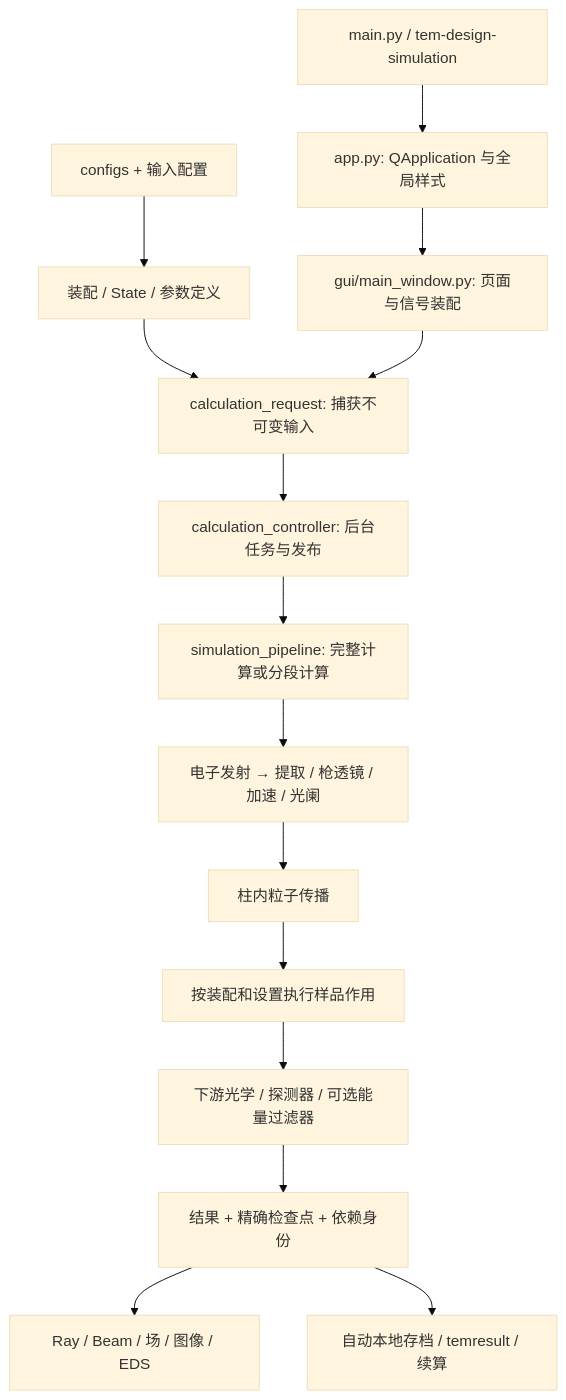
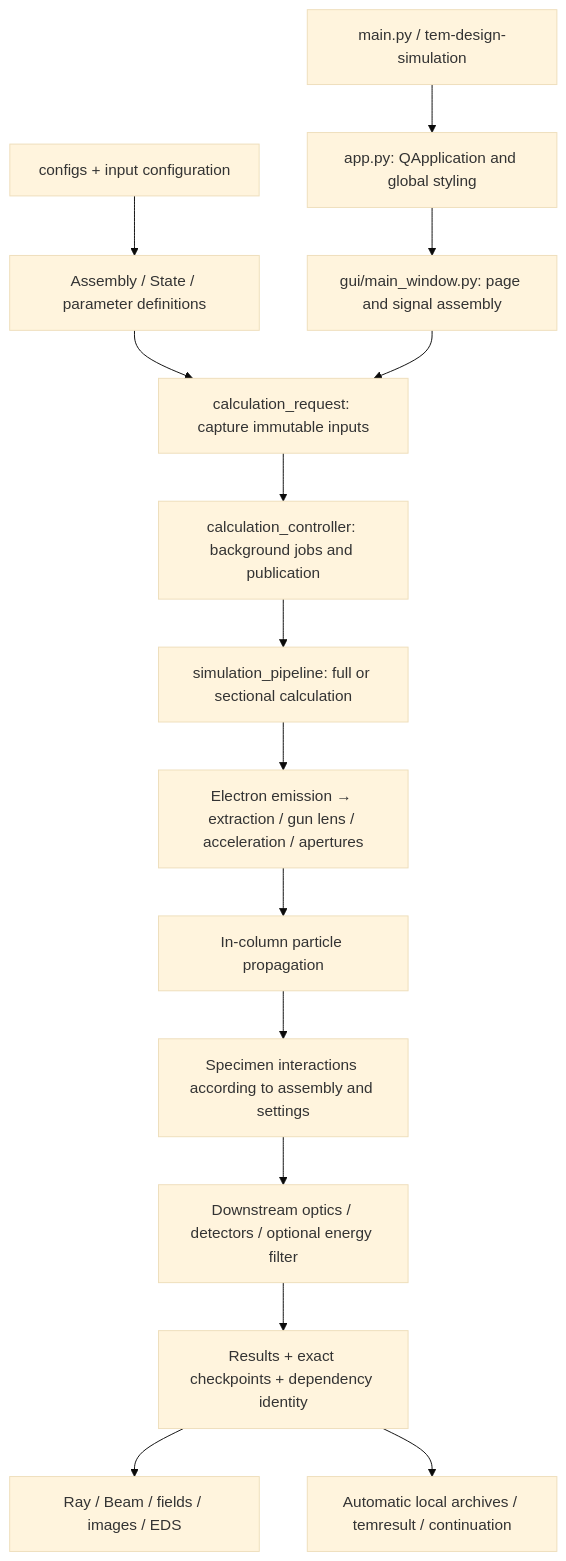
The first of 2 diagrams in docs/PROJECT_MAP.md (MagNetiCLLLL/TEM-Design-and-Simulation), drawn with Mermaid (base theme) before and after one commit. The commit also changed other lines of this file and 129 other files, not shown here.

````diff
--- a/docs/PROJECT_MAP.md
+++ b/docs/PROJECT_MAP.md
@@ -120,17 +120,17 @@
 ```mermaid
 flowchart TD
-    Entry[main.py / tem-design-simulation] --> App[app.py: QApplication 与全局样式]
-    App --> Window[gui/main_window.py: 页面与信号装配]
-    Config[configs + 输入配置] --> Model[装配 / State / 参数定义]
-    Model --> Capture[calculation_request: 捕获不可变输入]
+    Entry[main.py / tem-design-simulation] --> App[app.py: QApplication and global styling]
+    App --> Window[gui/main_window.py: page and signal assembly]
+    Config[configs + input configuration] --> Model[Assembly / State / parameter definitions]
+    Model --> Capture[calculation_request: capture immutable inputs]
     Window --> Capture
-    Capture --> Control[calculation_controller: 后台任务与发布]
-    Control --> Pipe[simulation_pipeline: 完整计算或分段计算]
-    Pipe --> Gun[电子发射 → 提取 / 枪透镜 / 加速 / 光阑]
-    Gun --> Column[柱内粒子传播]
-    Column --> Sample[按装配和设置执行样品作用]
-    Sample --> Readout[下游光学 / 探测器 / 可选能量过滤器]
-    Readout --> Result[结果 + 精确检查点 + 依赖身份]
-    Result --> View[Ray / Beam / 场 / 图像 / EDS]
-    Result --> Archive[自动本地存档 / temresult / 续算]
+    Capture --> Control[calculation_controller: background jobs and publication]
+    Control --> Pipe[simulation_pipeline: full or sectional calculation]
+    Pipe --> Gun[Electron emission → extraction / gun lens / acceleration / apertures]
+    Gun --> Column[In-column particle propagation]
+    Column --> Sample[Specimen interactions according to assembly and settings]
+    Sample --> Readout[Downstream optics / detectors / optional energy filter]
+    Readout --> Result[Results + exact checkpoints + dependency identity]
+    Result --> View[Ray / Beam / fields / images / EDS]
+    Result --> Archive[Automatic local archives / temresult / continuation]
 ```
````
